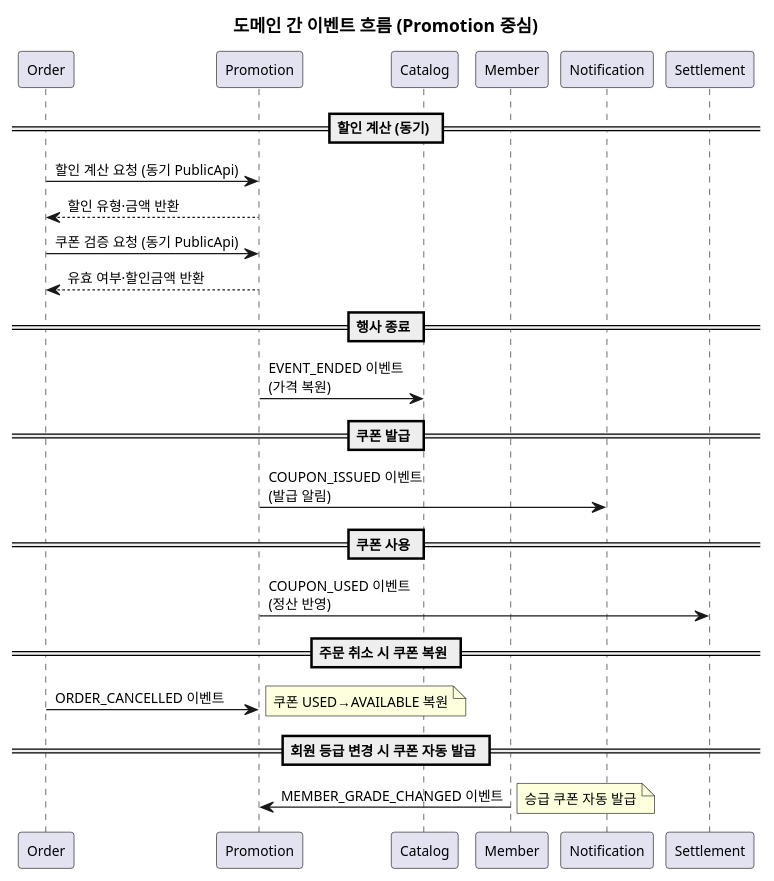
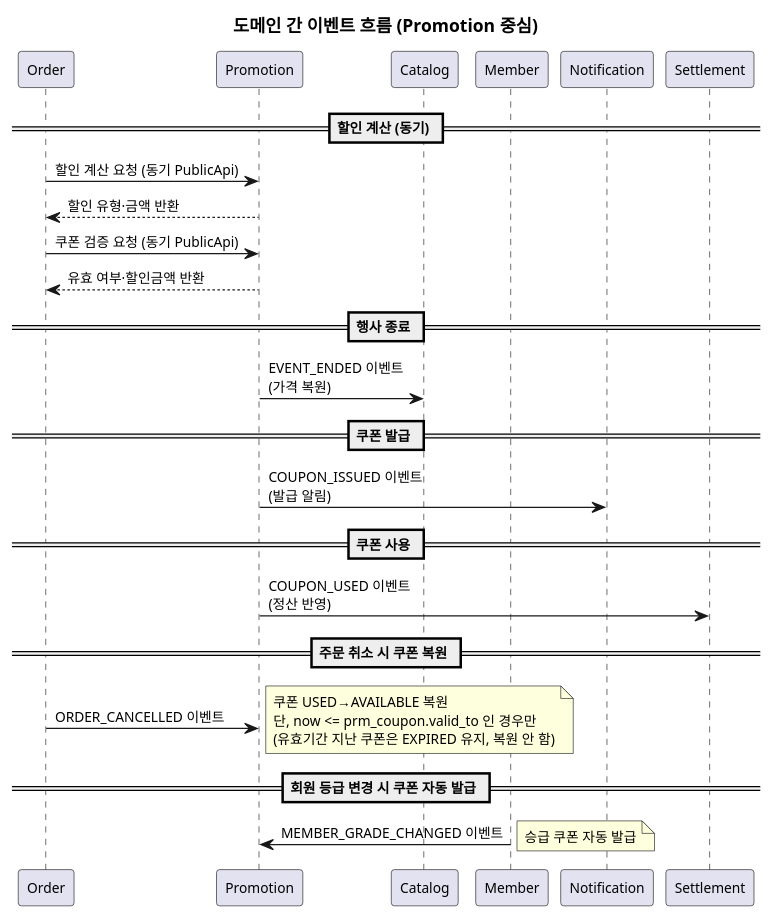
The diagram in docs/자산화-단계별/S2-구조설계/DI-이벤트플로우(Promotion).md (parknahyun/runNShop), drawn with PlantUML before and after one commit. The commit also changed 4 other files, not shown here.

````diff
--- a/docs/자산화-단계별/S2-구조설계/DI-이벤트플로우(Promotion).md
+++ b/docs/자산화-단계별/S2-구조설계/DI-이벤트플로우(Promotion).md
@@ -56,39 +56,43 @@
 ```plantuml
 @startuml
 skinparam backgroundColor transparent
 skinparam defaultFontSize 11
 title 도메인 간 이벤트 흐름 (Promotion 중심)
 
 participant Order as ORD
 participant Promotion as PRO
 participant Catalog as CAT
 participant Member as MEM
 participant Notification as NTF
 participant Settlement as STL
 
 == 할인 계산 (동기) ==
 ORD -> PRO : 할인 계산 요청 (동기 PublicApi)
 PRO --> ORD : 할인 유형·금액 반환
 
 ORD -> PRO : 쿠폰 검증 요청 (동기 PublicApi)
 PRO --> ORD : 유효 여부·할인금액 반환
 
 == 행사 종료 ==
 PRO -> CAT : EVENT_ENDED 이벤트\n(가격 복원)
 
 == 쿠폰 발급 ==
 PRO -> NTF : COUPON_ISSUED 이벤트\n(발급 알림)
 
 == 쿠폰 사용 ==
 PRO -> STL : COUPON_USED 이벤트\n(정산 반영)
 
 == 주문 취소 시 쿠폰 복원 ==
 ORD -> PRO : ORDER_CANCELLED 이벤트
-note right: 쿠폰 USED→AVAILABLE 복원
+note right
+  쿠폰 USED→AVAILABLE 복원
+  단, now <= prm_coupon.valid_to 인 경우만
+  (유효기간 지난 쿠폰은 EXPIRED 유지, 복원 안 함)
+end note
 
 == 회원 등급 변경 시 쿠폰 자동 발급 ==
 MEM -> PRO : MEMBER_GRADE_CHANGED 이벤트
 note right: 승급 쿠폰 자동 발급
 
 @enduml
 ```
````
